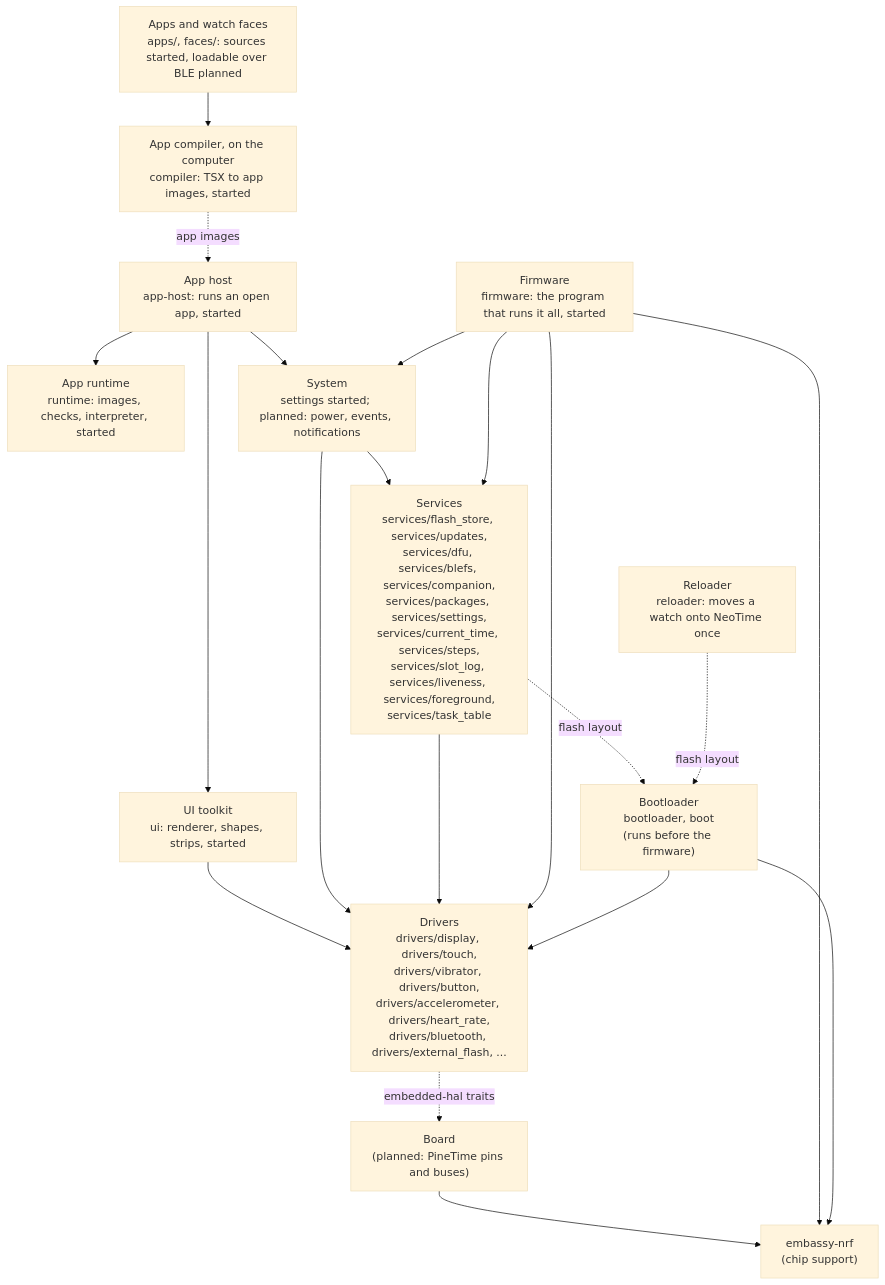
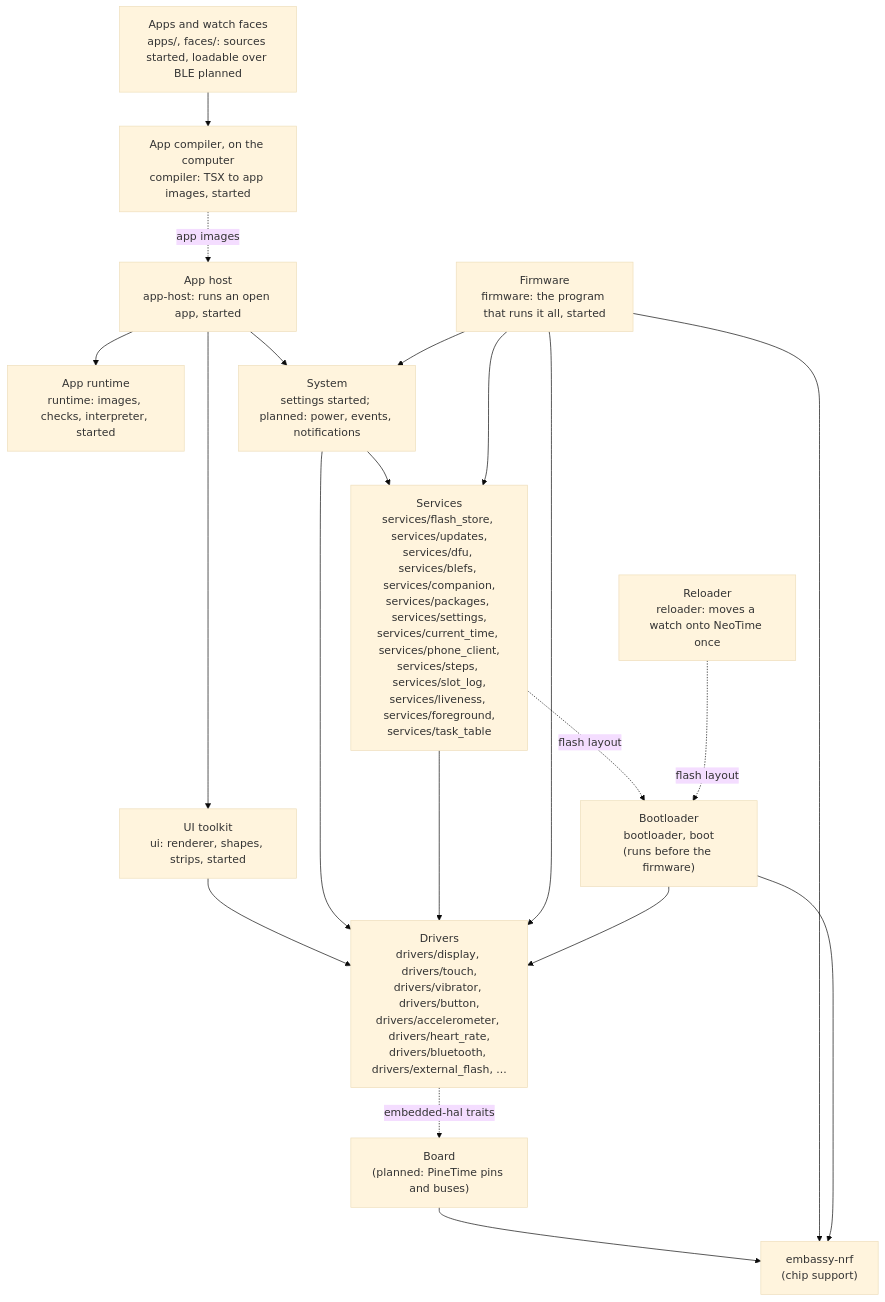
The diagram in docs/architecture.md (BeatLink/BattleTime), drawn with Mermaid (base theme) before and after one commit. The commit also changed other lines of this file and 23 other files, not shown here.

First line of the commit message:
feat(firmware): use the phone's own Current Time and Alert Notification services

````diff
--- a/docs/architecture.md
+++ b/docs/architecture.md
@@ -28,38 +28,38 @@
 ```mermaid
 flowchart TB
     apps["Apps and watch faces<br/>apps/, faces/: sources started, loadable over BLE planned"]
     host["App host<br/>app-host: runs an open app, started"]
     compiler["App compiler, on the computer<br/>compiler: TSX to app images, started"]
     runtime["App runtime<br/>runtime: images, checks, interpreter, started"]
     ui["UI toolkit<br/>ui: renderer, shapes, strips, started"]
     system["System<br/>settings started; planned: power, events, notifications"]
-    services["Services<br/>services/flash_store, services/updates,<br/>services/dfu, services/blefs, services/companion,<br/>services/packages, services/settings,<br/>services/current_time, services/steps,<br/>services/slot_log, services/liveness, services/foreground,<br/>services/task_table"]
+    services["Services<br/>services/flash_store, services/updates,<br/>services/dfu, services/blefs, services/companion,<br/>services/packages, services/settings,<br/>services/current_time, services/phone_client,<br/>services/steps, services/slot_log,<br/>services/liveness, services/foreground,<br/>services/task_table"]
     drivers["Drivers<br/>drivers/display, drivers/touch,<br/>drivers/vibrator, drivers/button,<br/>drivers/accelerometer, drivers/heart_rate,<br/>drivers/bluetooth, drivers/external_flash, ..."]
     board["Board<br/>(planned: PineTime pins and buses)"]
     hal["embassy-nrf<br/>(chip support)"]
 
     apps --> compiler
     compiler -. app images .-> host
     host --> runtime
     host --> ui
     host --> system
     ui --> drivers
     system --> services
     system --> drivers
     services --> drivers
     drivers -. embedded-hal traits .-> board
     board --> hal
 
     firmware["Firmware<br/>firmware: the program that runs it all, started"]
     firmware --> system
     firmware --> services
     firmware --> drivers
     firmware --> hal
 
     bootloader["Bootloader<br/>bootloader, boot<br/>(runs before the firmware)"]
     bootloader --> drivers
     bootloader --> hal
     services -. flash layout .-> bootloader
     reloader["Reloader<br/>reloader: moves a watch onto NeoTime once"]
     reloader -. flash layout .-> bootloader
 ```
````
